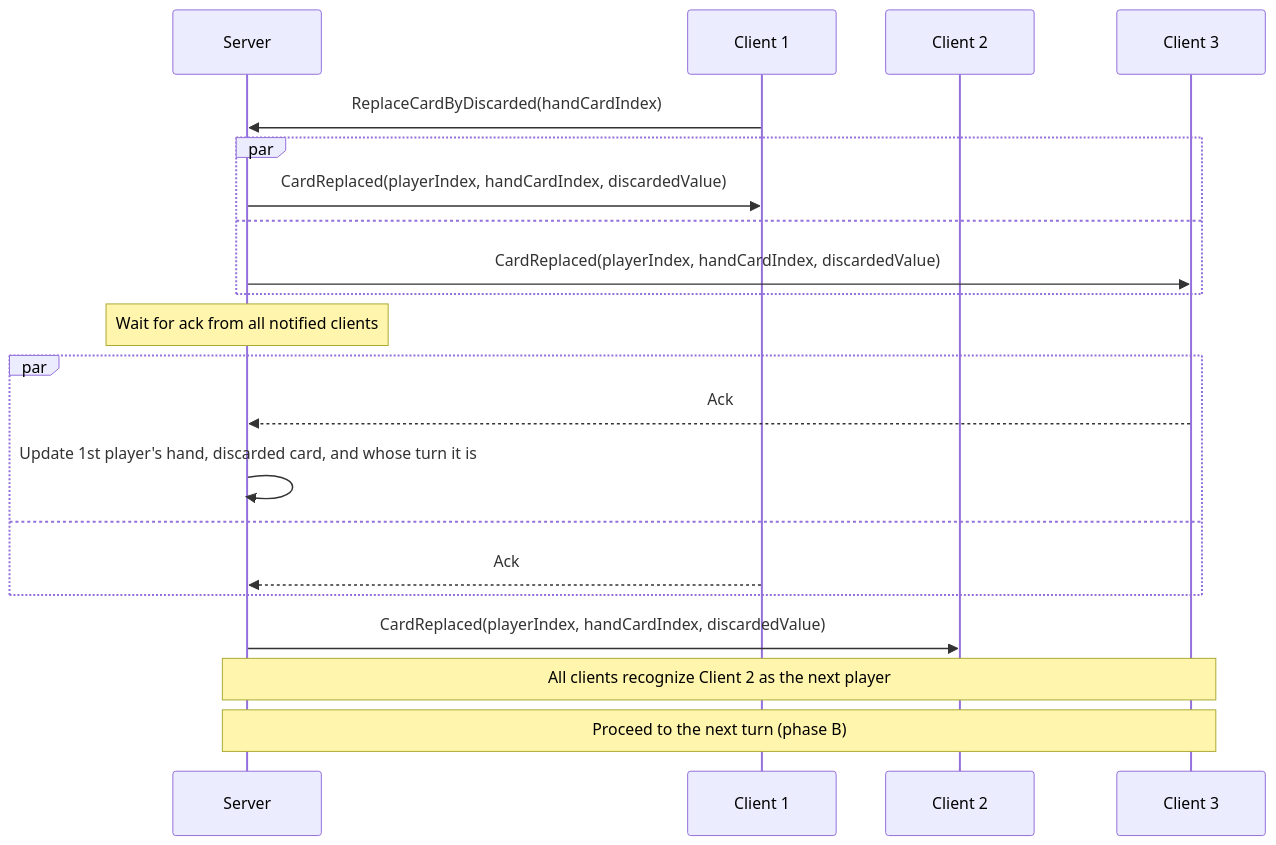
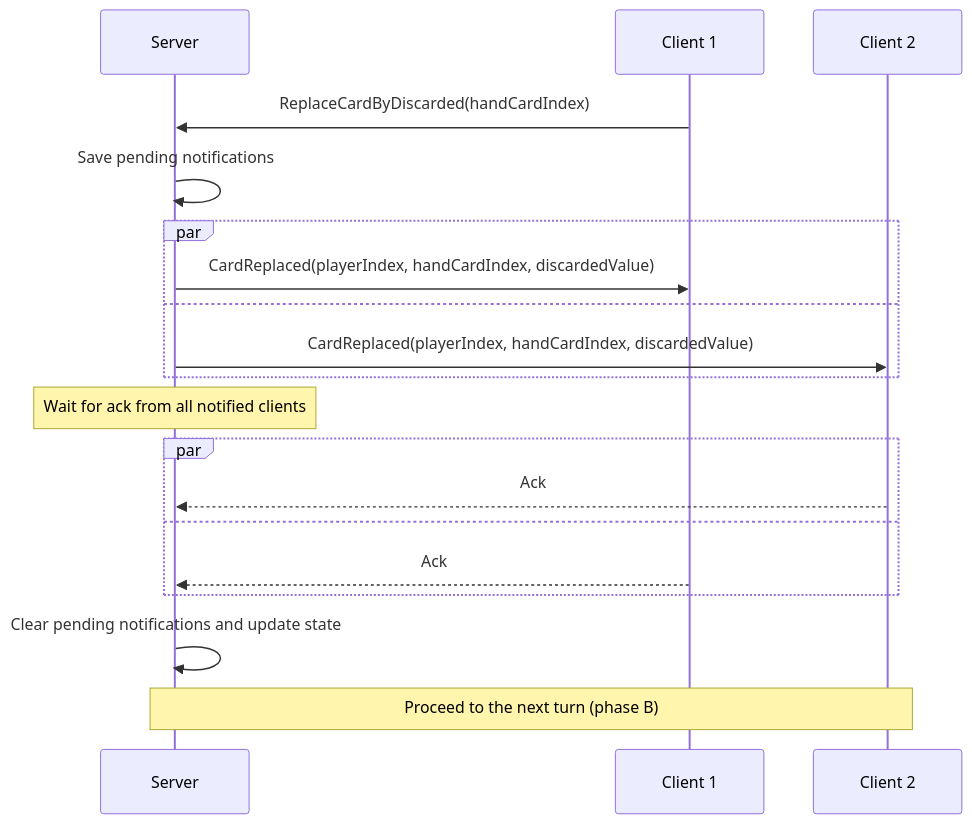
One commit to roman-zubarevich/another changed the fourth of 14 diagrams in README.md. Above: the diagram before and after it, drawn with Mermaid. The commit also changed other lines of this file, not shown here.

````diff
--- a/README.md
+++ b/README.md
@@ -77,23 +88,21 @@
 ```mermaid
 sequenceDiagram
     participant S as Server
     participant C1 as Client 1
     participant C2 as Client 2
-    participant C3 as Client 3
     C1->>S: ReplaceCardByDiscarded(handCardIndex)
+    S->>S: Save pending notifications
     par
         S->>C1: CardReplaced(playerIndex, handCardIndex, discardedValue)
     and
-        S->>C3: CardReplaced(playerIndex, handCardIndex, discardedValue)
+        S->>C2: CardReplaced(playerIndex, handCardIndex, discardedValue)
     end
     Note over S: Wait for ack from all notified clients
     par
-        C3-->>S: Ack
-        S->>S: Update 1st player's hand, discarded card, and whose turn it is
+        C2-->>S: Ack
     and
         C1-->>S: Ack
     end
-    S->>C2: CardReplaced(playerIndex, handCardIndex, discardedValue)
-    Note over S,C3: All clients recognize Client 2 as the next player
-    Note over S,C3: Proceed to the next turn (phase B)
+    S->>S: Clear pending notifications and update state
+    Note over S,C2: Proceed to the next turn (phase B)
 ```
````
